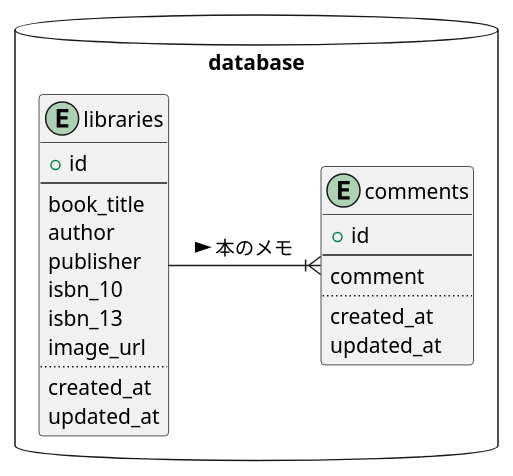
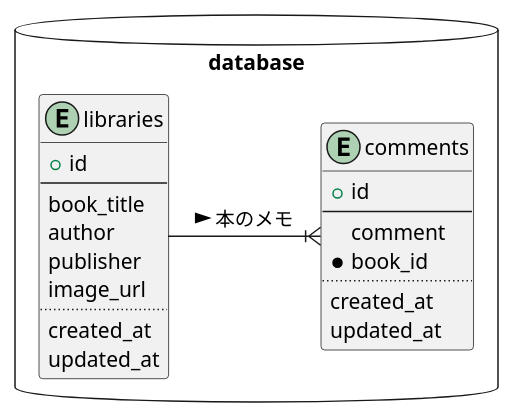
One commit to 40node/node006 changed the diagram in uml/er.pu. Above: the diagram before and after it, drawn with PlantUML. The commit also changed 3 other files, not shown here.

```diff
--- a/uml/er.pu
+++ b/uml/er.pu
@@ -1,26 +1,25 @@
 @startuml database
 package database <<Database>> {
   entity libraries {
     + id
     --
     book_title
     author
     publisher
-    isbn_10
-    isbn_13
     image_url
     ..
     created_at
     updated_at
   }
   entity comments {
     + id
     --
     comment
+    * book_id
     ..
     created_at
     updated_at
   }
 }
 libraries -ri-|{ comments : 本のメモ >
 @enduml
```
